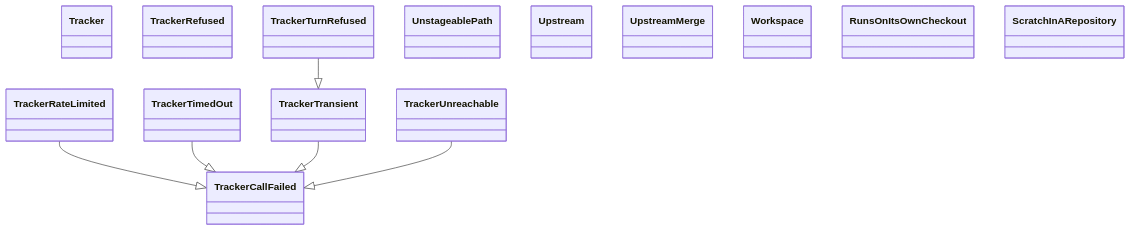
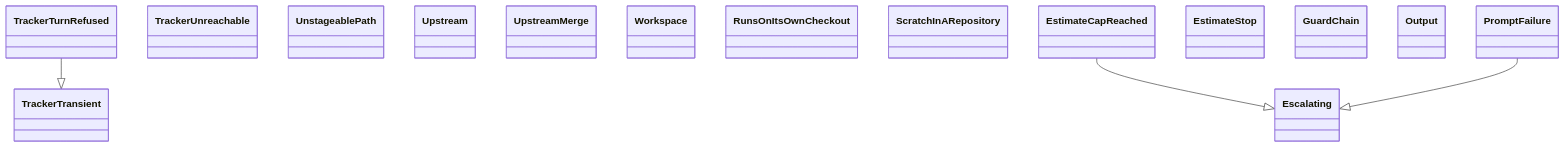
Before and after one commit to GonzaloZevallos/agentic-system: the diagram in docs/architecture/generated/classes-process-application-support-8.md, drawn with Mermaid. The commit also changed other lines of this file and 18 other files, not shown here.

````diff
--- a/docs/architecture/generated/classes-process-application-support-8.md
+++ b/docs/architecture/generated/classes-process-application-support-8.md
@@ -21,22 +21,21 @@
 ```mermaid
 classDiagram
-    class ports__Tracker["Tracker"]
-    class ports__TrackerCallFailed["TrackerCallFailed"]
-    class ports__TrackerRateLimited["TrackerRateLimited"]
-    class ports__TrackerRefused["TrackerRefused"]
-    class ports__TrackerTimedOut["TrackerTimedOut"]
     class ports__TrackerTransient["TrackerTransient"]
     class ports__TrackerTurnRefused["TrackerTurnRefused"]
     class ports__TrackerUnreachable["TrackerUnreachable"]
     class ports__UnstageablePath["UnstageablePath"]
     class ports__Upstream["Upstream"]
     class ports__UpstreamMerge["UpstreamMerge"]
     class ports__Workspace["Workspace"]
     class preflight__RunsOnItsOwnCheckout["RunsOnItsOwnCheckout"]
     class preflight__ScratchInARepository["ScratchInARepository"]
-    ports__TrackerRateLimited --|> ports__TrackerCallFailed
-    ports__TrackerTimedOut --|> ports__TrackerCallFailed
-    ports__TrackerTransient --|> ports__TrackerCallFailed
+    class run_role__Escalating["Escalating"]
+    class run_role__EstimateCapReached["EstimateCapReached"]
+    class run_role__EstimateStop["EstimateStop"]
+    class run_role__GuardChain["GuardChain"]
+    class run_role__Output["Output"]
+    class run_role__PromptFailure["PromptFailure"]
     ports__TrackerTurnRefused --|> ports__TrackerTransient
-    ports__TrackerUnreachable --|> ports__TrackerCallFailed
+    run_role__EstimateCapReached --|> run_role__Escalating
+    run_role__PromptFailure --|> run_role__Escalating
 ```
````
